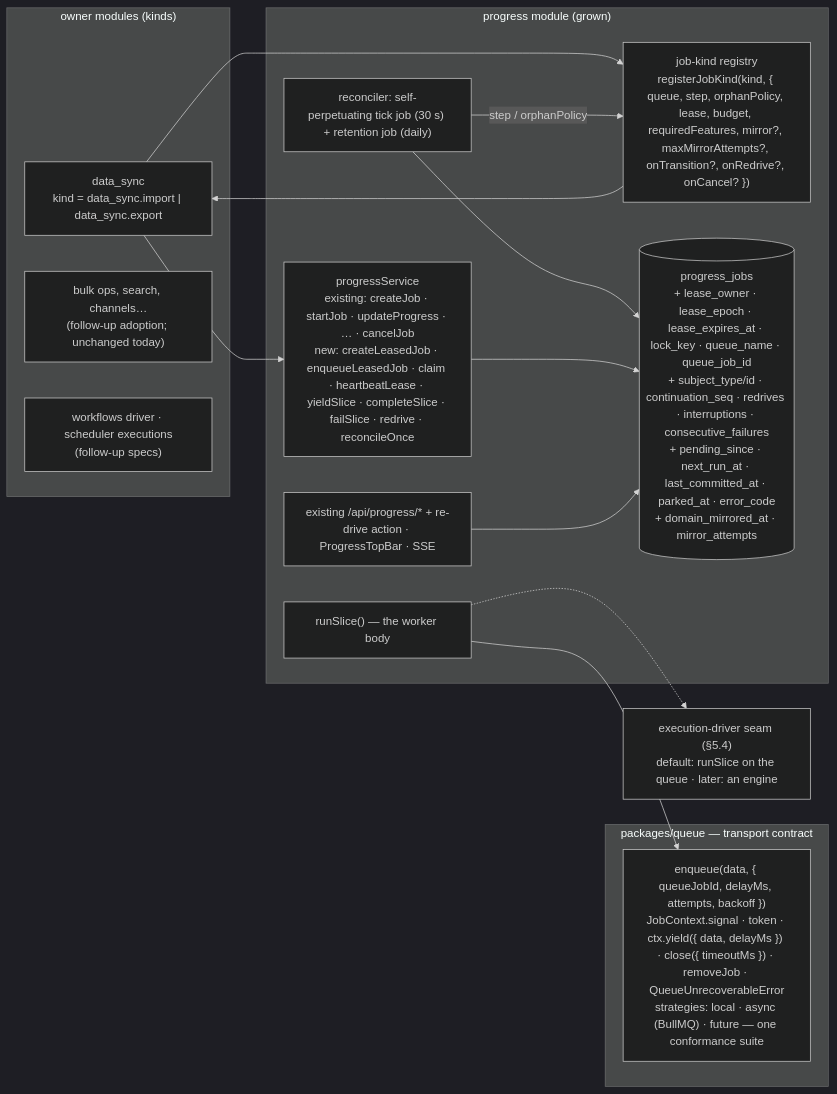
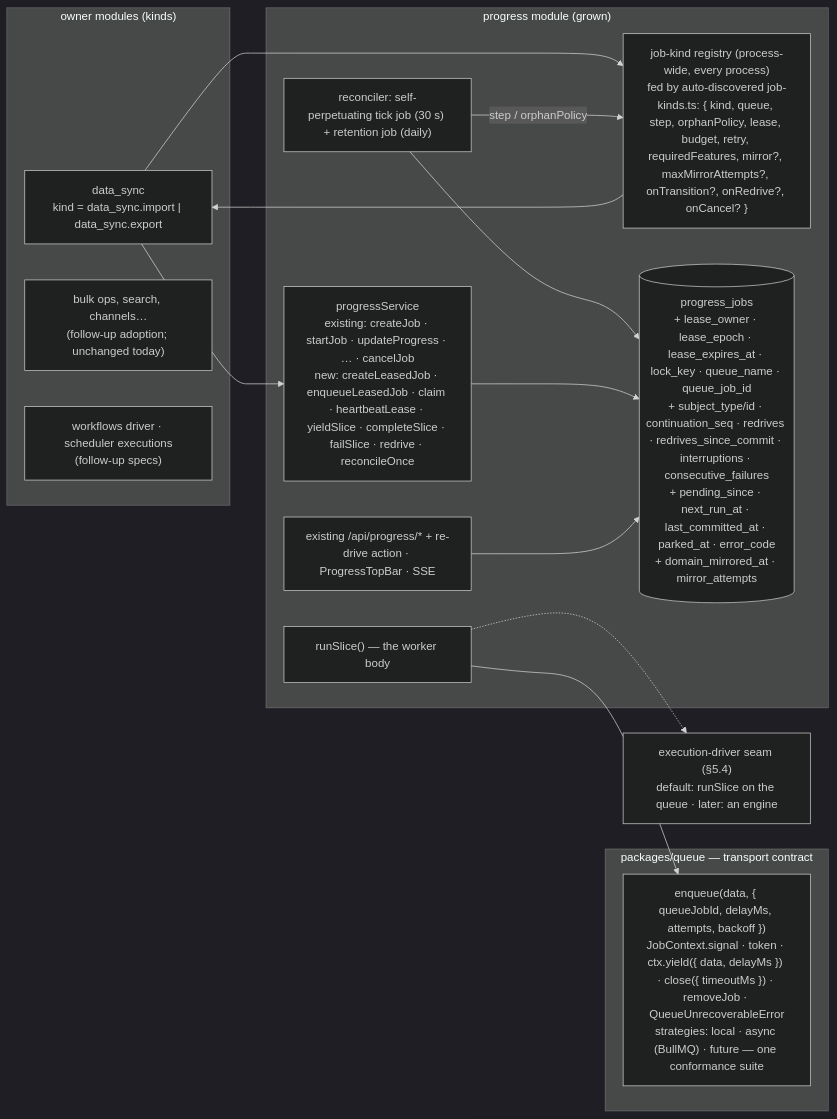
One commit to open-mercato/open-mercato changed the diagram in .ai/specs/2026-08-21-background-work-04-solution.md. Above: the diagram before and after it, drawn with Mermaid (dark theme). The commit also changed other lines of this file and 4 other files, not shown here.

First line of the commit message:
docs(specs): round 2 — sweep fenced off leased rows, unrecoverable park branch, process-wide kind registry, real sync_runs columns

````diff
--- a/.ai/specs/2026-08-21-background-work-04-solution.md
+++ b/.ai/specs/2026-08-21-background-work-04-solution.md
@@ -108,27 +108,27 @@
 ```mermaid
 flowchart LR
   subgraph Owners["owner modules (kinds)"]
     DS["data_sync<br/>kind = data_sync.import | data_sync.export"]
     BULK["bulk ops, search, channels…<br/>(follow-up adoption; unchanged today)"]
     WF["workflows driver · scheduler executions<br/>(follow-up specs)"]
   end
   subgraph P["progress module (grown)"]
     SVC["progressService<br/>existing: createJob · startJob · updateProgress · … · cancelJob<br/>new: createLeasedJob · enqueueLeasedJob · claim · heartbeatLease · yieldSlice · completeSlice · failSlice · redrive · reconcileOnce"]
-    REG["job-kind registry<br/>registerJobKind(kind, { queue, step, orphanPolicy, lease, budget, requiredFeatures, mirror?, maxMirrorAttempts?, onTransition?, onRedrive?, onCancel? })"]
+    REG["job-kind registry (process-wide, every process)<br/>fed by auto-discovered job-kinds.ts: { kind, queue, step, orphanPolicy, lease, budget, retry, requiredFeatures, mirror?, maxMirrorAttempts?, onTransition?, onRedrive?, onCancel? }"]
     SLICE["runSlice() — the worker body"]
     REC["reconciler: self-perpetuating tick job (30 s) + retention job (daily)"]
-    T[("progress_jobs<br/>+ lease_owner · lease_epoch · lease_expires_at · lock_key · queue_name · queue_job_id<br/>+ subject_type/id · continuation_seq · redrives · interruptions · consecutive_failures<br/>+ pending_since · next_run_at · last_committed_at · parked_at · error_code<br/>+ domain_mirrored_at · mirror_attempts")]
+    T[("progress_jobs<br/>+ lease_owner · lease_epoch · lease_expires_at · lock_key · queue_name · queue_job_id<br/>+ subject_type/id · continuation_seq · redrives · redrives_since_commit · interruptions · consecutive_failures<br/>+ pending_since · next_run_at · last_committed_at · parked_at · error_code<br/>+ domain_mirrored_at · mirror_attempts")]
     API["existing /api/progress/* + re-drive action · ProgressTopBar · SSE"]
   end
   subgraph Q["packages/queue — transport contract"]
     QQ["enqueue(data, { queueJobId, delayMs, attempts, backoff })<br/>JobContext.signal · token · ctx.yield({ data, delayMs }) · close({ timeoutMs }) · removeJob · QueueUnrecoverableError<br/>strategies: local · async (BullMQ) · future — one conformance suite"]
   end
   DRV["execution-driver seam (§5.4)<br/>default: runSlice on the queue · later: an engine"]
   DS --> SVC & REG
   SLICE --> QQ
   REC --> T
   REC -->|step / orphanPolicy| REG --> DS
   SVC --> T
   API --> T
   SLICE -.-> DRV
 ```
````
